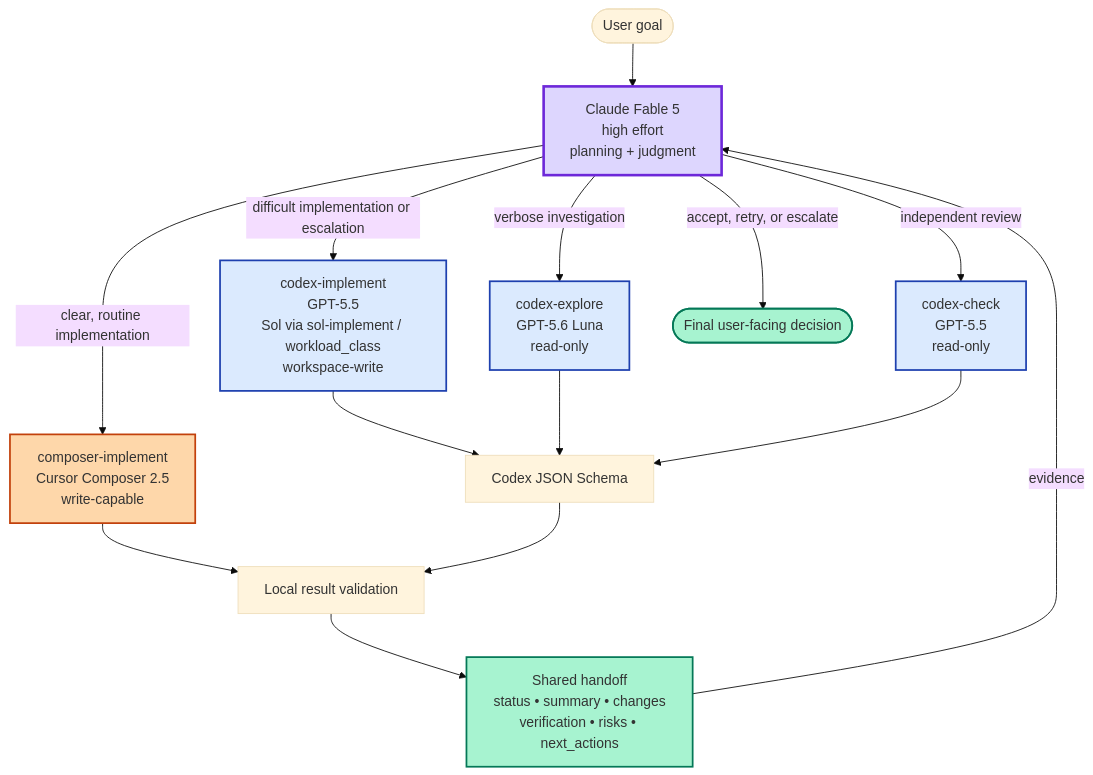
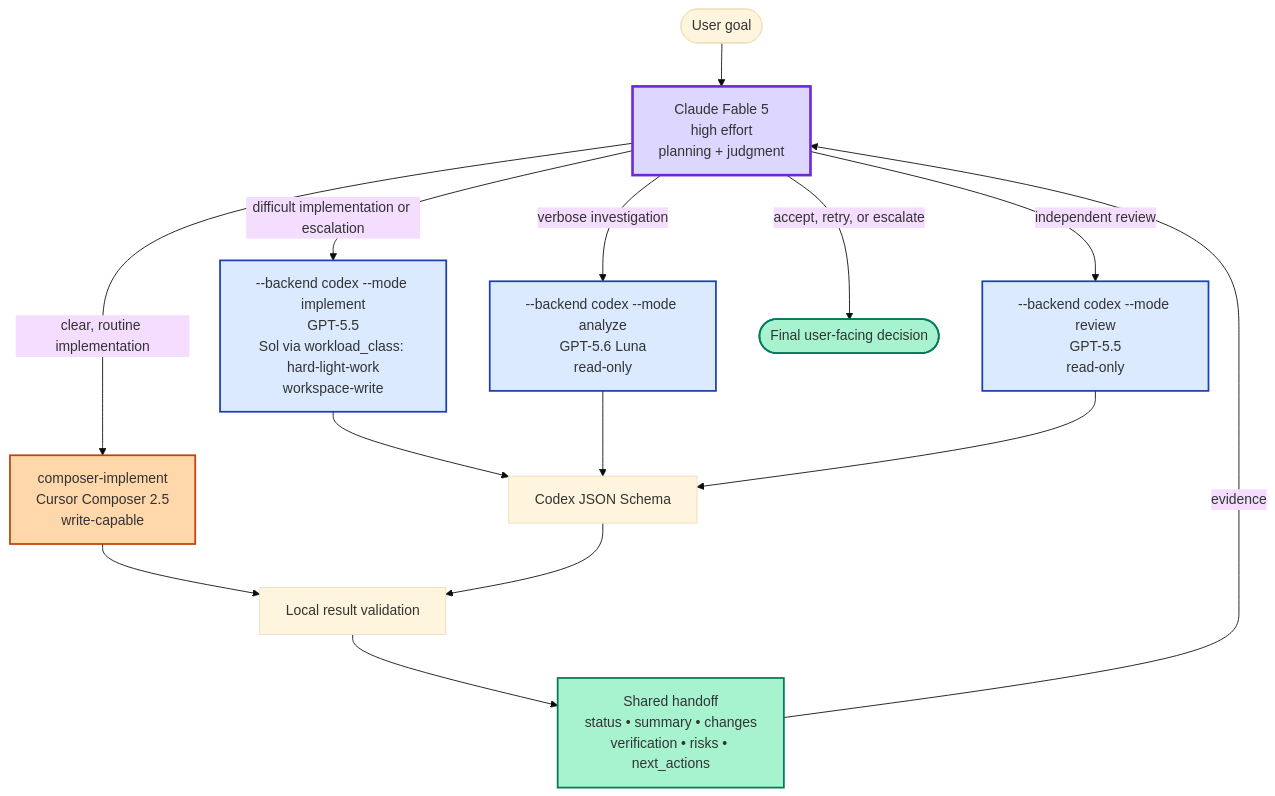
The first of 4 diagrams in docs/diagrams/mermaid.md (andysolomon/arc-orchestrator), drawn with Mermaid (base theme) before and after one commit. The commit also changed other lines of this file and 55 other files, not shown here.

````diff
--- a/docs/diagrams/mermaid.md
+++ b/docs/diagrams/mermaid.md
@@ -5,28 +5,28 @@
 ```mermaid
 flowchart TB
     User([User goal]) --> Fable["Claude Fable 5<br/>high effort<br/>planning + judgment"]
 
     Fable -->|clear, routine implementation| Composer["composer-implement<br/>Cursor Composer 2.5<br/>write-capable"]
-    Fable -->|difficult implementation or escalation| CodexImpl["codex-implement<br/>GPT-5.5<br/>Sol via sol-implement / workload_class<br/>workspace-write"]
-    Fable -->|verbose investigation| Explore["codex-explore<br/>GPT-5.6 Luna<br/>read-only"]
-    Fable -->|independent review| Check["codex-check<br/>GPT-5.5<br/>read-only"]
+    Fable -->|difficult implementation or escalation| CodexImpl["--backend codex --mode implement<br/>GPT-5.5<br/>Sol via workload_class: hard-light-work<br/>workspace-write"]
+    Fable -->|verbose investigation| Explore["--backend codex --mode analyze<br/>GPT-5.6 Luna<br/>read-only"]
+    Fable -->|independent review| Check["--backend codex --mode review<br/>GPT-5.5<br/>read-only"]
 
     Composer --> Normalize["Local result validation"]
     CodexImpl --> Schema["Codex JSON Schema"]
     Explore --> Schema
     Check --> Schema
     Schema --> Normalize
 
     Normalize --> Handoff["Shared handoff<br/>status • summary • changes<br/>verification • risks • next_actions"]
     Handoff -->|evidence| Fable
     Fable -->|accept, retry, or escalate| Result([Final user-facing decision])
 
     classDef planner fill:#ddd6fe,stroke:#6d28d9,stroke-width:3px;
     classDef composer fill:#fed7aa,stroke:#c2410c,stroke-width:2px;
     classDef codex fill:#dbeafe,stroke:#1e40af,stroke-width:2px;
     classDef evidence fill:#a7f3d0,stroke:#047857,stroke-width:2px;
     class Fable planner;
     class Composer composer;
     class CodexImpl,Explore,Check codex;
     class Handoff,Result evidence;
 ```
````
